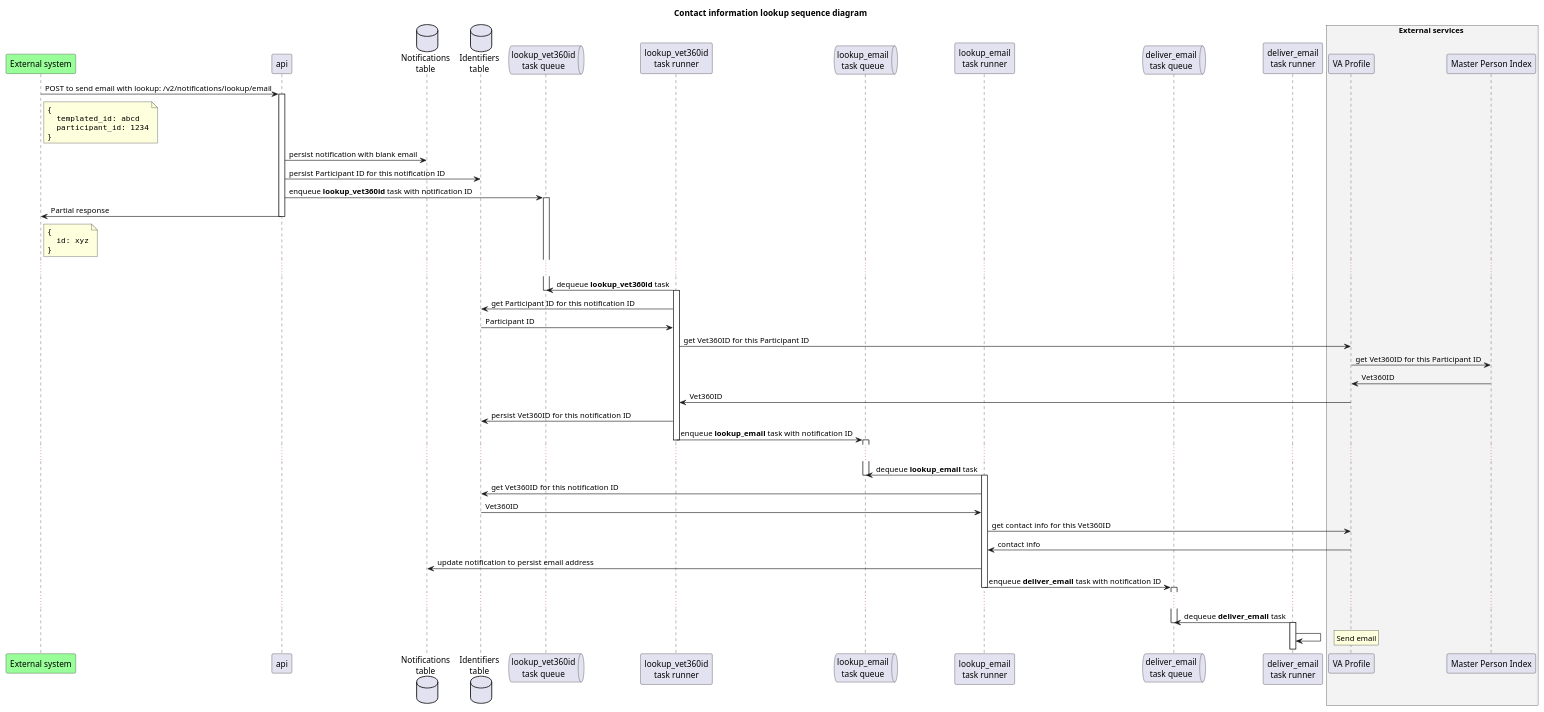
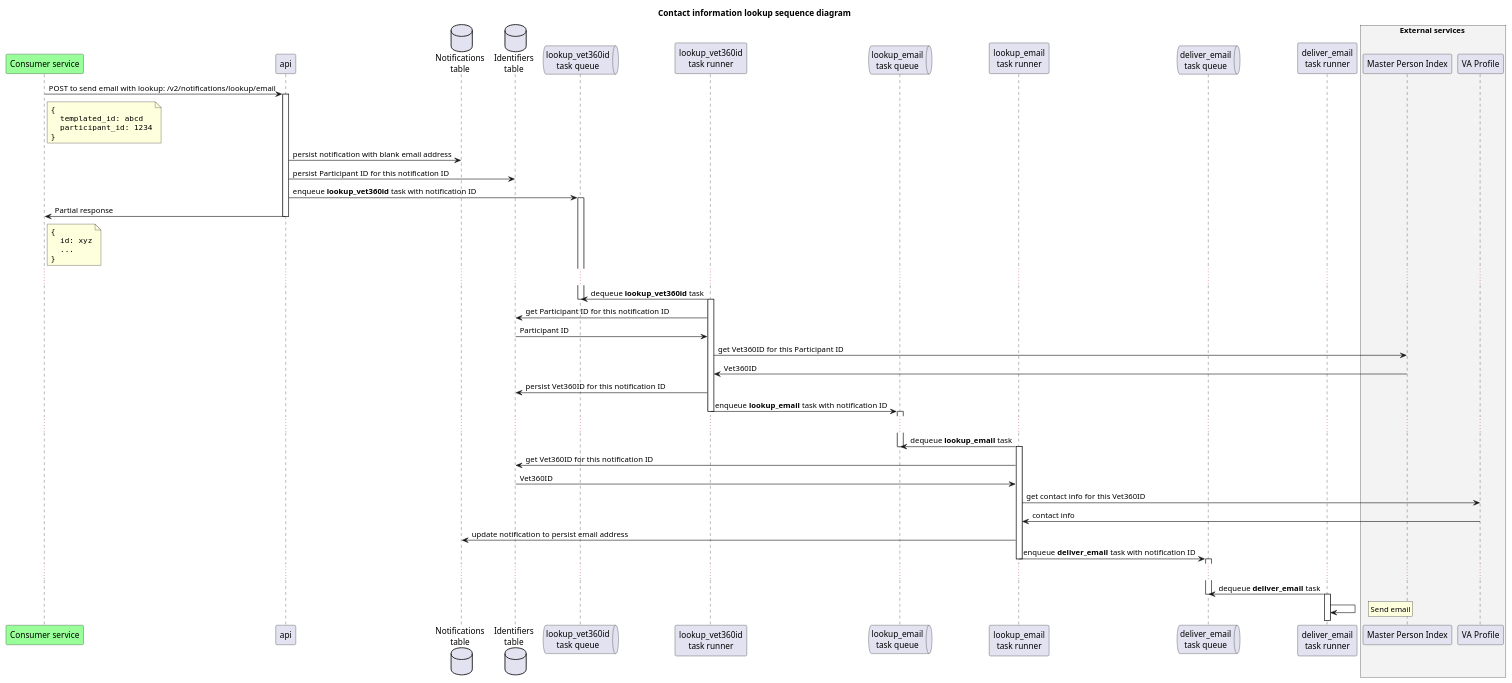
One commit to cds-snc/notification-api changed the diagram in documents/contact-info-lookup-sequence-diagram.puml. Above: the diagram before and after it, drawn with PlantUML.

Commit message:
[#121] updates contact info lookup sequence diagram to include direct communication with MPI for Vet360ID lookup

```diff
--- a/documents/contact-info-lookup-sequence-diagram.puml
+++ b/documents/contact-info-lookup-sequence-diagram.puml
@@ -1,97 +1,93 @@
 @startuml
 title Contact information lookup sequence diagram
 
-participant "External system" as ext #99FF99
+participant "Consumer service" as consumer #99FF99
 participant api
 database "Notifications\ntable" as notifications_table
 database "Identifiers\ntable" as identifiers_table
 
 queue "lookup_vet360id\ntask queue" as lookup_vet360id_queue
 participant "lookup_vet360id\ntask runner" as lookup_vet360id_runner
 
 queue "lookup_email\ntask queue" as lookup_email_queue
 participant "lookup_email\ntask runner" as lookup_email_runner
 
 queue "deliver_email\ntask queue" as deliver_email_queue
 participant "deliver_email\ntask runner" as deliver_email_runner
 
-
 box External services #f3f3f3
+participant "Master Person Index" as mpi
 participant "VA Profile" as vaprofile
-participant "Master Person Index" as mpi
 end box
 
-ext -> api : POST to send email with lookup: /v2/notifications/lookup/email
+consumer -> api : POST to send email with lookup: /v2/notifications/lookup/email
 activate api
-note right of ext
+note right of consumer
   ""{""
   ""  templated_id: abcd""
   ""  participant_id: 1234""
   ""}""
 end note
 
-api -> notifications_table: persist notification with blank email
+api -> notifications_table: persist notification with blank email address
 api -> identifiers_table: persist Participant ID for this notification ID
 
 api -> lookup_vet360id_queue: enqueue **lookup_vet360id** task with notification ID
 activate lookup_vet360id_queue
 
-api -> ext: Partial response
-note right of ext
+api -> consumer: Partial response
+note right of consumer
   ""{""
   ""  id: xyz""
+  ""  ...""
   ""}""
 end note
 deactivate api
 
 ...
 
 lookup_vet360id_runner -> lookup_vet360id_queue: dequeue **lookup_vet360id** task
 deactivate lookup_vet360id_queue
 activate lookup_vet360id_runner
 
 lookup_vet360id_runner -> identifiers_table: get Participant ID for this notification ID
 identifiers_table -> lookup_vet360id_runner: Participant ID
 
-lookup_vet360id_runner -> vaprofile: get Vet360ID for this Participant ID
+lookup_vet360id_runner -> mpi: get Vet360ID for this Participant ID
 
-vaprofile -> mpi: get Vet360ID for this Participant ID
-
-mpi -> vaprofile: Vet360ID
-
-vaprofile -> lookup_vet360id_runner: Vet360ID
+mpi -> lookup_vet360id_runner: Vet360ID
 
 lookup_vet360id_runner -> identifiers_table: persist Vet360ID for this notification ID
 
 lookup_vet360id_runner -> lookup_email_queue: enqueue **lookup_email** task with notification ID
 deactivate lookup_vet360id_runner
 activate lookup_email_queue
 
 ...
 
 lookup_email_runner -> lookup_email_queue: dequeue **lookup_email** task
 deactivate lookup_email_queue
 activate lookup_email_runner
 
 lookup_email_runner -> identifiers_table: get Vet360ID for this notification ID
 identifiers_table -> lookup_email_runner: Vet360ID
 
 lookup_email_runner -> vaprofile: get contact info for this Vet360ID
 
 vaprofile -> lookup_email_runner: contact info
 
 lookup_email_runner -> notifications_table: update notification to persist email address
 
 lookup_email_runner -> deliver_email_queue: enqueue **deliver_email** task with notification ID
 deactivate lookup_email_runner
 activate deliver_email_queue
 
 ...
 
 deliver_email_runner -> deliver_email_queue: dequeue **deliver_email** task
 deactivate deliver_email_queue
 activate deliver_email_runner
 
 deliver_email_runner -> deliver_email_runner
 rnote right: Send email
 @enduml
```
